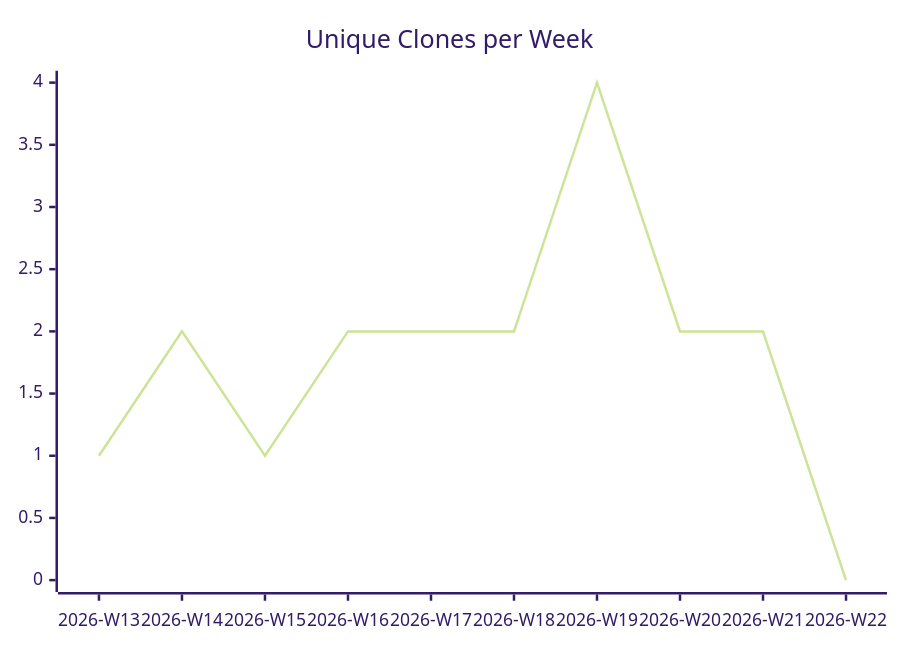
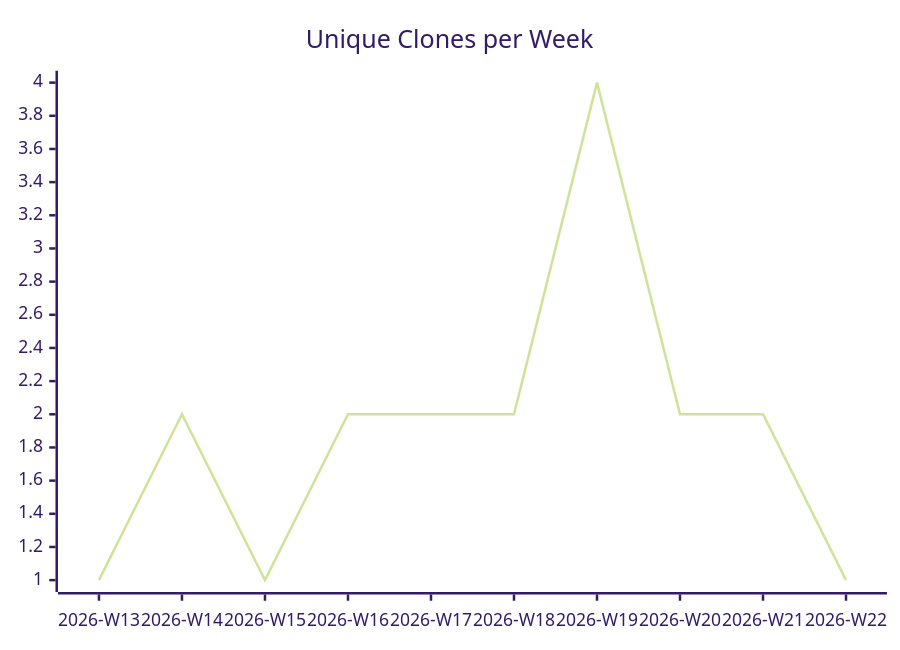
One commit to justdavis-family/github-analytics-data changed the third of 3 diagrams in karlmdavis/sample-maven-and-rcp/README.md. Above: the diagram before and after it, drawn with Mermaid (forest theme). The commit also changed other lines of this file and 189 other files, not shown here.

````diff
--- a/karlmdavis/sample-maven-and-rcp/README.md
+++ b/karlmdavis/sample-maven-and-rcp/README.md
@@ -19,6 +19,6 @@
 ```mermaid
 xychart-beta
   title "Unique Clones per Week"
   x-axis ["2026-W13", "2026-W14", "2026-W15", "2026-W16", "2026-W17", "2026-W18", "2026-W19", "2026-W20", "2026-W21", "2026-W22"]
-  line [1, 2, 1, 2, 2, 2, 4, 2, 2, 0]
+  line [1, 2, 1, 2, 2, 2, 4, 2, 2, 1]
 ```
````
